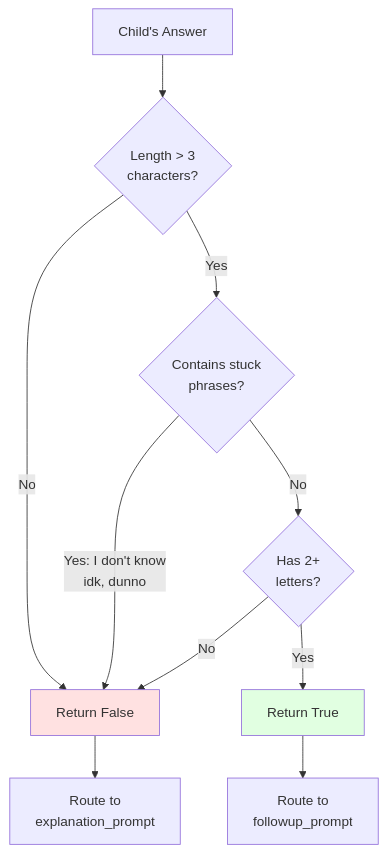
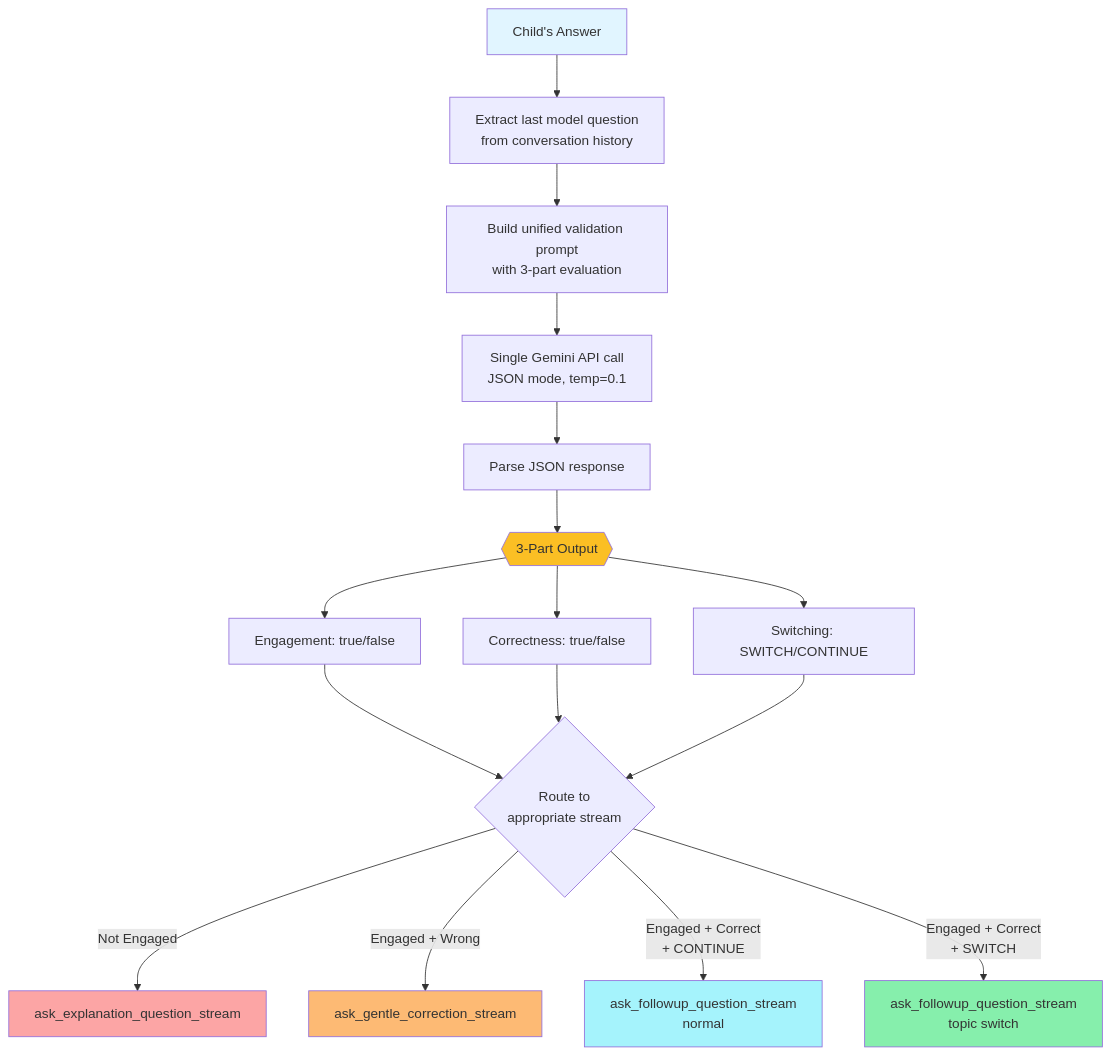
Before and after one commit to HuangJiaChen1/AI_ask_ask: the eighth of 13 diagrams in Gemini/paixueji/ARCHITECTURE.md, drawn with Mermaid. The commit also changed other lines of this file and 2 other files, not shown here.

Commit message:
update architecture

````diff
--- a/Gemini/paixueji/ARCHITECTURE.md
+++ b/Gemini/paixueji/ARCHITECTURE.md
@@ -445,18 +458,29 @@
 ```mermaid
 flowchart TD
-    Input[Child's Answer] --> Length{Length > 3<br/>characters?}
-    Length -->|No| Unreasonable[Return False]
-    Length -->|Yes| Stuck{Contains stuck<br/>phrases?}
+    Input[Child's Answer] --> Extract[Extract last model question<br/>from conversation history]
+    Extract --> Build[Build unified validation prompt<br/>with 3-part evaluation]
+    Build --> Call[Single Gemini API call<br/>JSON mode, temp=0.1]
+    Call --> Parse[Parse JSON response]
 
-    Stuck -->|Yes: I don't know<br/>idk, dunno| Unreasonable
-    Stuck -->|No| Letters{Has 2+<br/>letters?}
+    Parse --> Output{{"3-Part Output"}}
 
-    Letters -->|No| Unreasonable
-    Letters -->|Yes| Reasonable[Return True]
+    Output --> E[Engagement: true/false]
+    Output --> C[Correctness: true/false]
+    Output --> S[Switching: SWITCH/CONTINUE]
 
-    Unreasonable --> Route1[Route to<br/>explanation_prompt]
-    Reasonable --> Route2[Route to<br/>followup_prompt]
+    E --> Route{Route to<br/>appropriate stream}
+    C --> Route
+    S --> Route
 
-    style Reasonable fill:#e1ffe1
-    style Unreasonable fill:#ffe1e1
+    Route -->|Not Engaged| Path1[ask_explanation_question_stream]
+    Route -->|Engaged + Wrong| Path2[ask_gentle_correction_stream]
+    Route -->|Engaged + Correct<br/>+ CONTINUE| Path3[ask_followup_question_stream<br/>normal]
+    Route -->|Engaged + Correct<br/>+ SWITCH| Path4[ask_followup_question_stream<br/>topic switch]
+
+    style Input fill:#e1f5ff
+    style Output fill:#fbbf24
+    style Path1 fill:#fca5a5
+    style Path2 fill:#fdba74
+    style Path3 fill:#a5f3fc
+    style Path4 fill:#86efac
 ```
````
